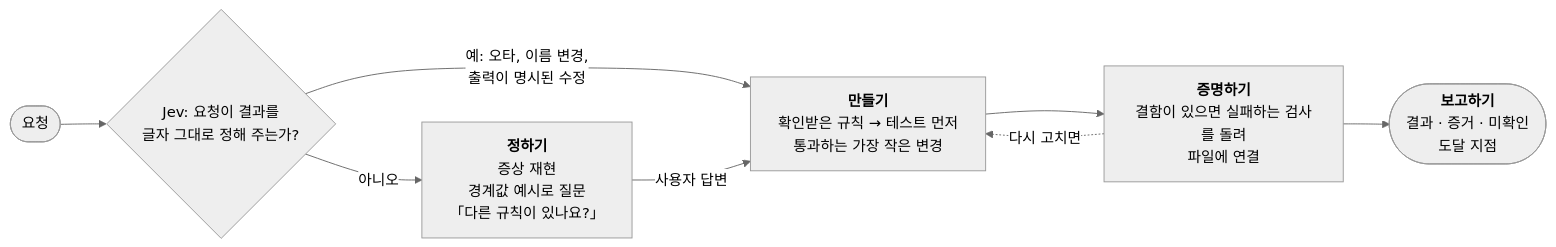
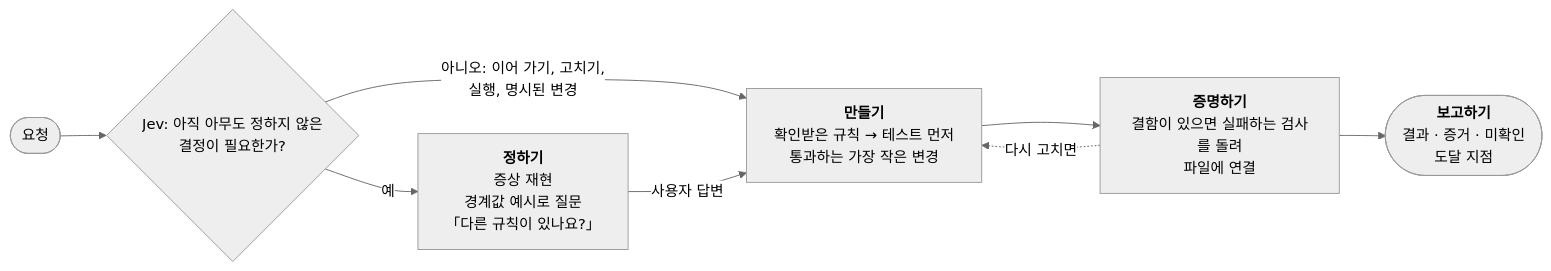
Before and after one commit to beyondworks/lean-forge: the first of 3 diagrams in README.ko.md, drawn with Mermaid (neutral theme). The commit also changed other lines of this file and 5 other files, not shown here.

````diff
--- a/README.ko.md
+++ b/README.ko.md
@@ -35,10 +35,10 @@
 ```mermaid
 flowchart LR
-    R([요청]) --> J{"Jev: 요청이 결과를<br/>글자 그대로 정해 주는가?"}
-    J -- "예: 오타, 이름 변경,<br/>출력이 명시된 수정" --> B
-    J -- "아니오" --> S["<b>정하기</b><br/>증상 재현<br/>경계값 예시로 질문<br/>「다른 규칙이 있나요?」"]
+    R([요청]) --> J{"Jev: 아직 아무도 정하지 않은<br/>결정이 필요한가?"}
+    J -- "아니오: 이어 가기, 고치기,<br/>실행, 명시된 변경" --> B
+    J -- "예" --> S["<b>정하기</b><br/>증상 재현<br/>경계값 예시로 질문<br/>「다른 규칙이 있나요?」"]
     S -- "사용자 답변" --> B["<b>만들기</b><br/>확인받은 규칙 → 테스트 먼저<br/>통과하는 가장 작은 변경"]
     B --> P["<b>증명하기</b><br/>결함이 있으면 실패하는 검사를 돌려<br/>파일에 연결"]
     P --> T(["<b>보고하기</b><br/>결과 · 증거 · 미확인<br/>도달 지점"])
     P -. "다시 고치면" .-> B
 ```
````
